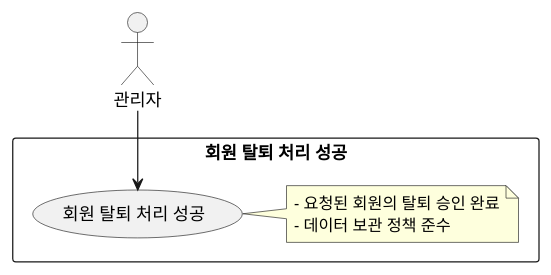
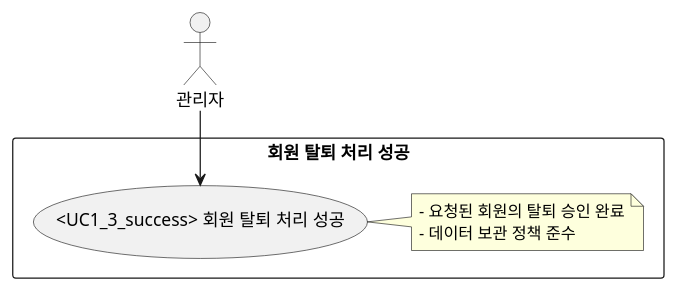
One commit to f-lab-edu/mini-mart changed the diagram in docs/uml/admin/member/uc1_3_success.puml. Above: the diagram before and after it, drawn with PlantUML. The commit also changed 55 other files, not shown here.

```diff
--- a/docs/uml/admin/member/uc1_3_success.puml
+++ b/docs/uml/admin/member/uc1_3_success.puml
@@ -1,13 +1,13 @@
 @startuml
 actor "관리자" as Admin
 
 rectangle "회원 탈퇴 처리 성공" {
-  usecase "회원 탈퇴 처리 성공" as UC1_3_success
+  usecase "<UC1_3_success> 회원 탈퇴 처리 성공" as UC1_3_success
   note right
   - 요청된 회원의 탈퇴 승인 완료
   - 데이터 보관 정책 준수
   end note
 }
 
 Admin --> UC1_3_success
 @enduml
```
